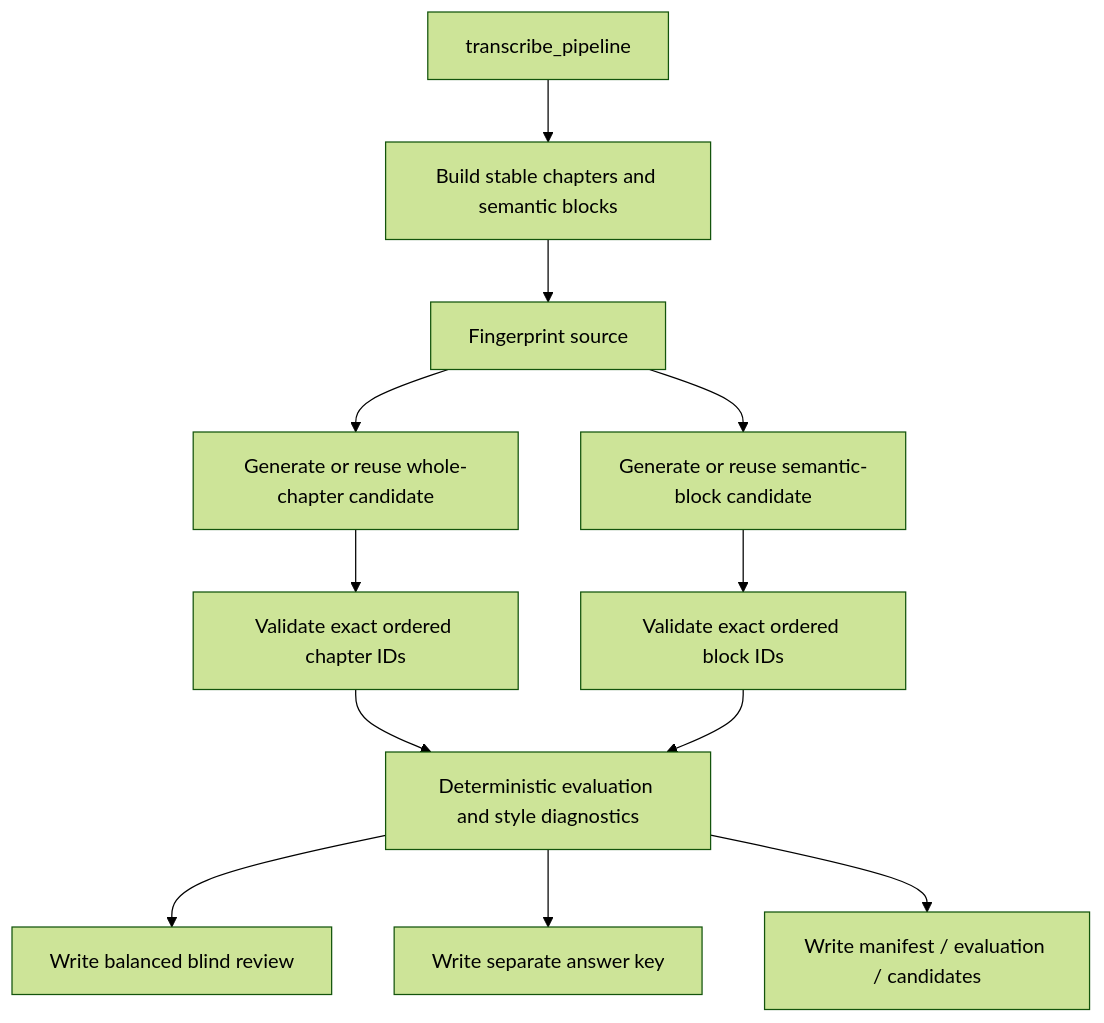
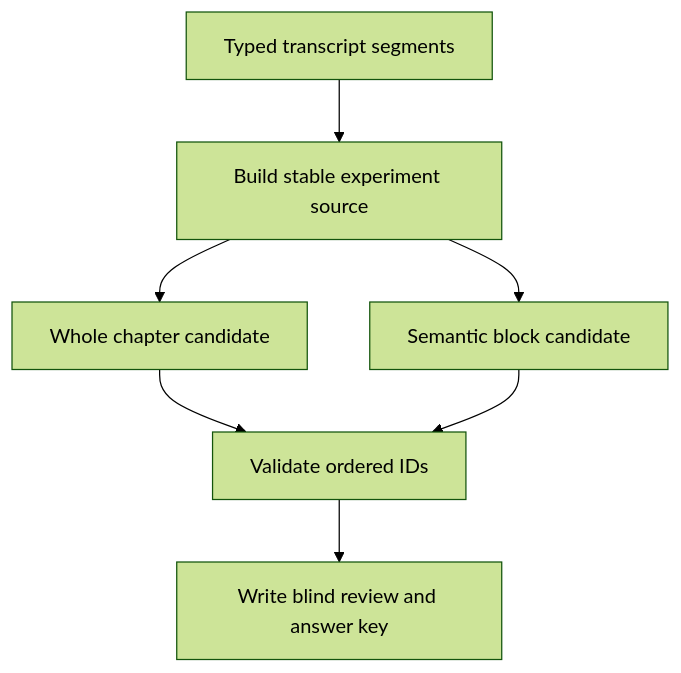
The seventh of 9 diagrams in docs/typed-pipeline-architecture.md (apue/yt2notion), drawn with Mermaid (forest theme) before and after one commit. The commit also changed other lines of this file and 1 other file, not shown here.

First line of the commit message:
docs: refocus typed pipeline architecture

````diff
--- a/docs/typed-pipeline-architecture.md
+++ b/docs/typed-pipeline-architecture.md
@@ -368,14 +250,9 @@
 ```mermaid
 flowchart TD
-    T[transcribe_pipeline] --> S[Build stable chapters and semantic blocks]
-    S --> FP[Fingerprint source]
-    FP --> A[Generate or reuse whole-chapter candidate]
-    FP --> B[Generate or reuse semantic-block candidate]
-    A --> VA[Validate exact ordered chapter IDs]
-    B --> VB[Validate exact ordered block IDs]
-    VA --> E[Deterministic evaluation and style diagnostics]
-    VB --> E
-    E --> BLIND[Write balanced blind review]
-    E --> KEY[Write separate answer key]
-    E --> ART[Write manifest / evaluation / candidates]
+    T[Typed transcript segments] --> SOURCE[Build stable experiment source]
+    SOURCE --> A[Whole chapter candidate]
+    SOURCE --> B[Semantic block candidate]
+    A --> CHECK[Validate ordered IDs]
+    B --> CHECK
+    CHECK --> PACKAGE[Write blind review and answer key]
 ```
````
